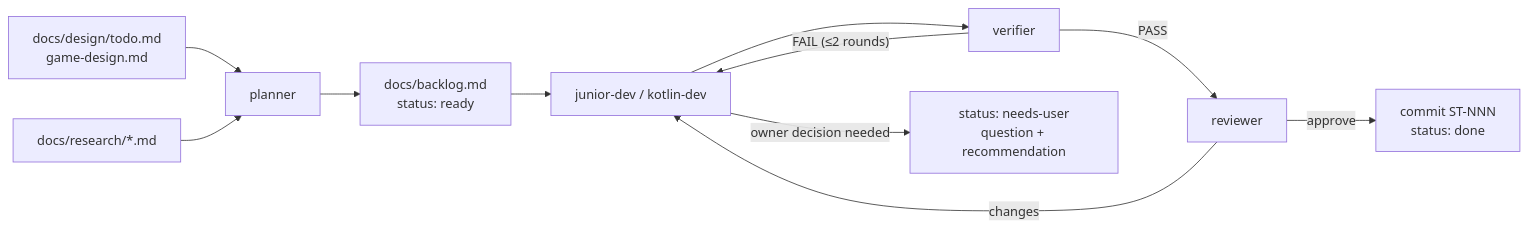
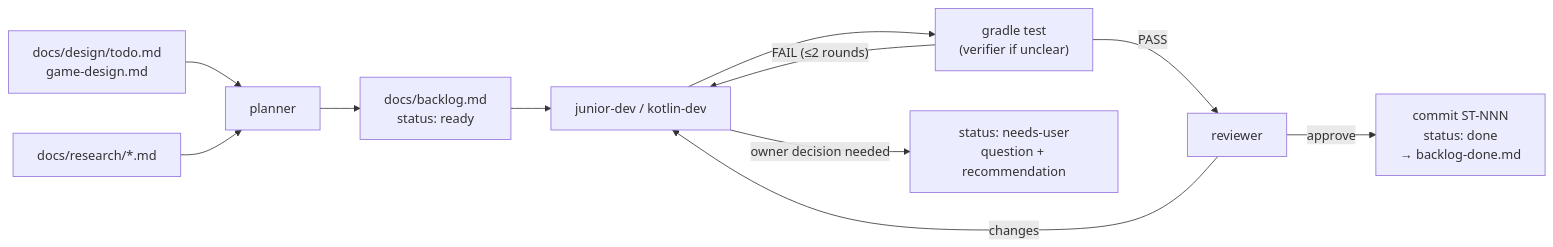
One commit to pepek42/star-trap changed the diagram in docs/tech/dev-workflow.md. Above: the diagram before and after it, drawn with Mermaid. The commit also changed other lines of this file and 11 other files, not shown here.

````diff
--- a/docs/tech/dev-workflow.md
+++ b/docs/tech/dev-workflow.md
@@ -25,13 +25,13 @@
 ```mermaid
 flowchart LR
   todo["docs/design/todo.md<br/>game-design.md"] --> planner
   research["docs/research/*.md"] --> planner
   planner --> backlog["docs/backlog.md<br/>status: ready"]
   backlog --> impl["junior-dev / kotlin-dev"]
-  impl --> verifier
-  verifier -- FAIL (≤2 rounds) --> impl
-  verifier -- PASS --> reviewer
+  impl --> build["gradle test<br/>(verifier if unclear)"]
+  build -- FAIL (≤2 rounds) --> impl
+  build -- PASS --> reviewer
   reviewer -- changes --> impl
-  reviewer -- approve --> commit["commit ST-NNN<br/>status: done"]
+  reviewer -- approve --> commit["commit ST-NNN<br/>status: done<br/>→ backlog-done.md"]
   impl -- owner decision needed --> needsuser["status: needs-user<br/>question + recommendation"]
 ```
````
